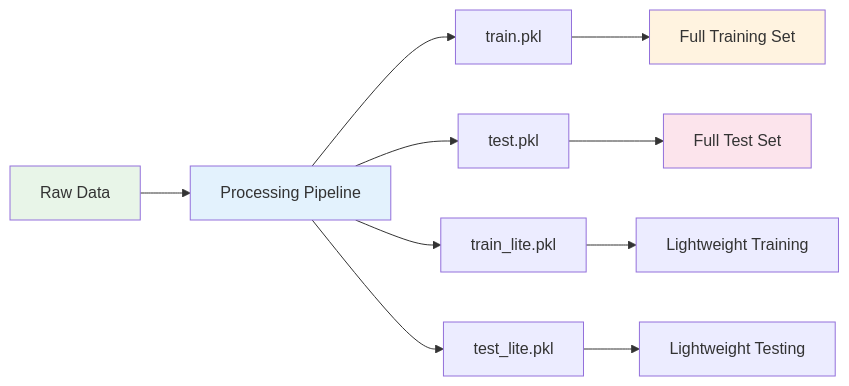
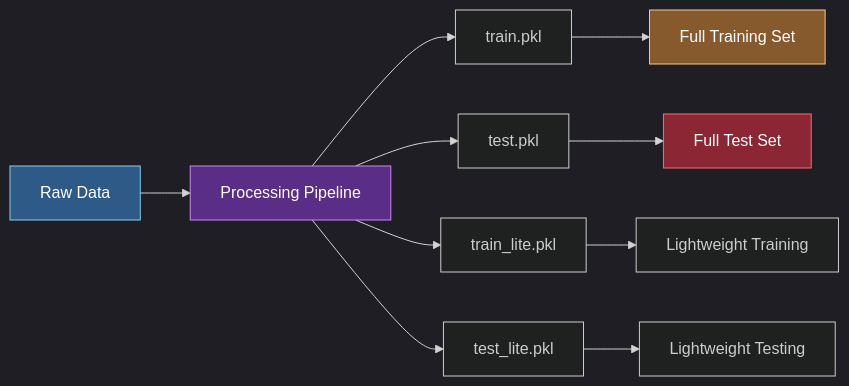
One commit to Jai-Keshav-Sharma/LLM-Engineering changed the fourth of 7 diagrams in 6_fine_tuning_frontier/README.md. Above: the diagram before and after it, drawn with Mermaid. The commit also changed other lines of this file, not shown here.

````diff
--- a/6_fine_tuning_frontier/README.md
+++ b/6_fine_tuning_frontier/README.md
@@ -184,18 +187,19 @@
 ```mermaid
+%%{init: {'theme':'dark'}}%%
 graph LR
     A[Raw Data] --> B[Processing Pipeline]
     B --> C[train.pkl]
     B --> D[test.pkl]
     B --> E[train_lite.pkl]
     B --> F[test_lite.pkl]
     
     C --> G[Full Training Set]
     D --> H[Full Test Set]
     E --> I[Lightweight Training]
     F --> J[Lightweight Testing]
     
-    style A fill:#e8f5e8
-    style B fill:#e3f2fd
-    style G fill:#fff3e0
-    style H fill:#fce4ec
+    style A fill:#2d5a87,stroke:#87ceeb,color:#fff
+    style B fill:#5a2d87,stroke:#ce87eb,color:#fff
+    style G fill:#875a2d,stroke:#ebce87,color:#fff
+    style H fill:#8b2635,stroke:#ff6b6b,color:#fff
 ```
````
